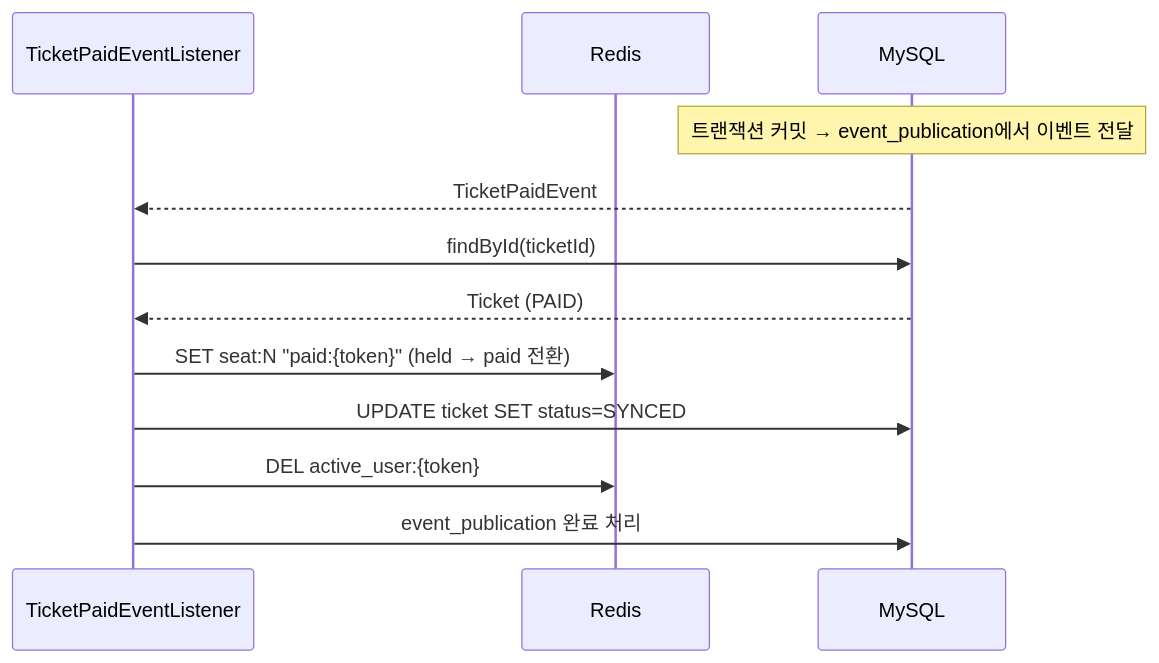
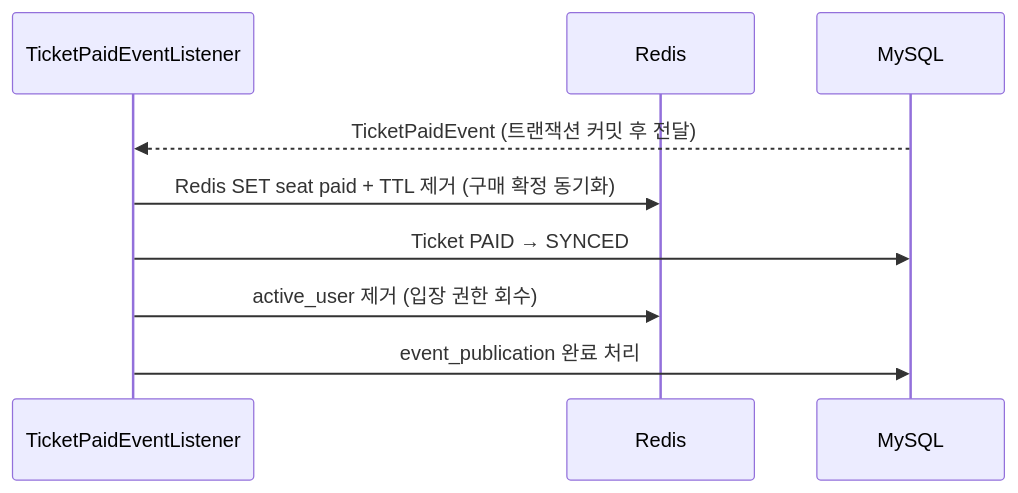
The sixth of 8 diagrams in README.md (irnd04/zticket), drawn with Mermaid before and after one commit. The commit also changed other lines of this file, not shown here.

Commit message:
docs: 다이어그램 간소화

````diff
--- a/README.md
+++ b/README.md
@@ -239,17 +166,12 @@
 ```mermaid
 sequenceDiagram
     participant L as TicketPaidEventListener
     participant R as Redis
     participant DB as MySQL
 
-    Note over DB: 트랜잭션 커밋 → event_publication에서 이벤트 전달
-
-    DB-->>L: TicketPaidEvent
-    L->>DB: findById(ticketId)
-    DB-->>L: Ticket (PAID)
-
-    L->>R: SET seat:N "paid:{token}" (held → paid 전환)
-    L->>DB: UPDATE ticket SET status=SYNCED
-    L->>R: DEL active_user:{token}
+    DB-->>L: TicketPaidEvent (트랜잭션 커밋 후 전달)
+    L->>R: Redis SET seat paid + TTL 제거 (구매 확정 동기화)
+    L->>DB: Ticket PAID → SYNCED
+    L->>R: active_user 제거 (입장 권한 회수)
     L->>DB: event_publication 완료 처리
 ```
````
